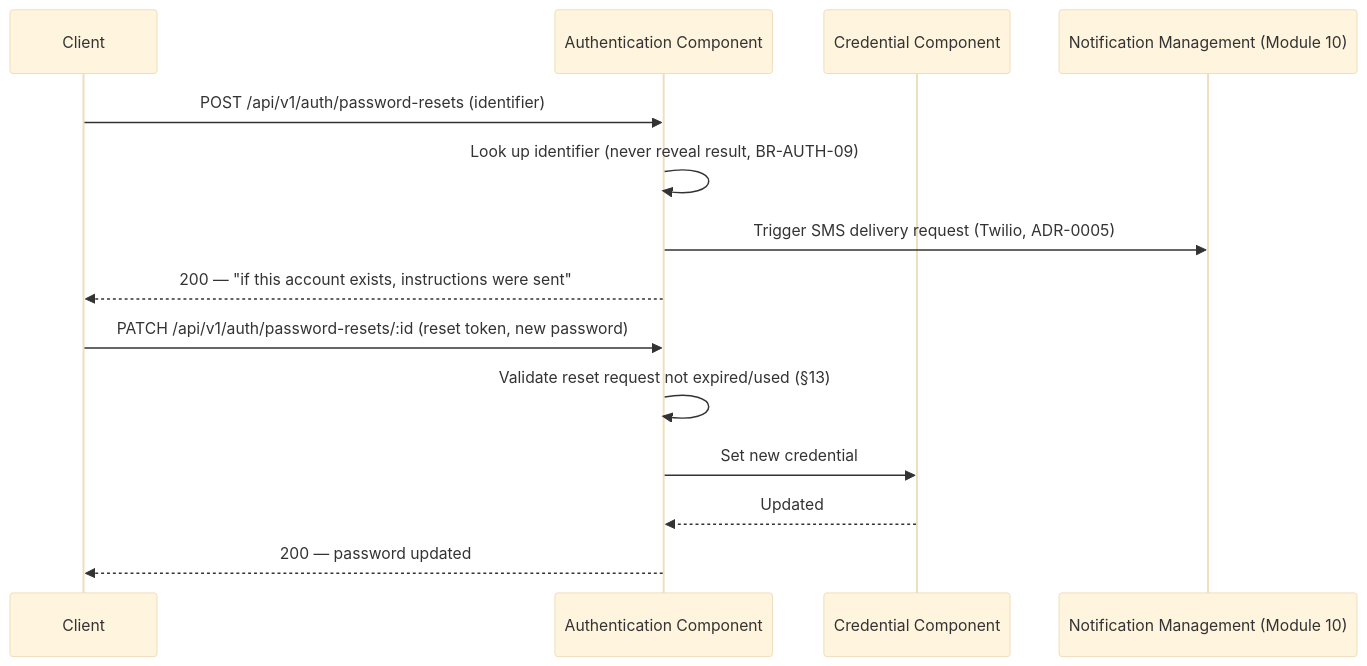
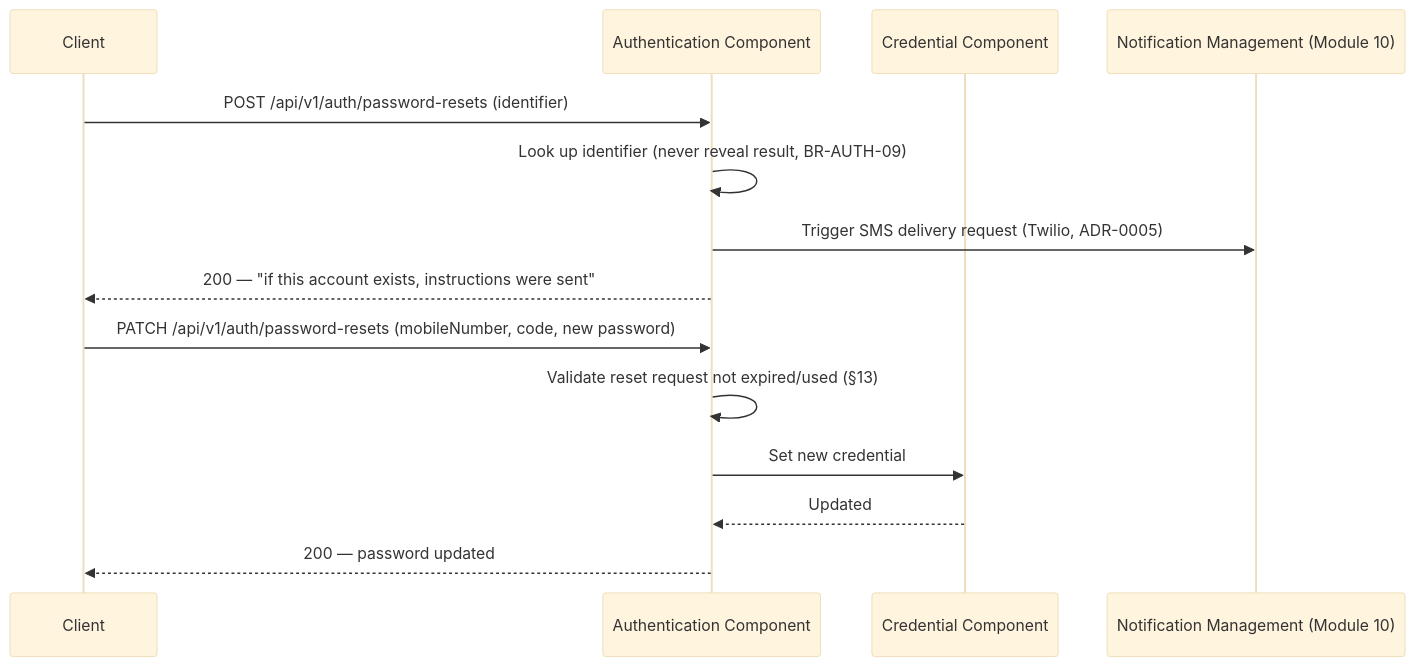
One commit to Ahmed-Naafic/hotel-hall-booking-system changed the seventh of 11 diagrams in docs/05-technical-design/modules/01-authentication-and-account-management/technical-design.md. Above: the diagram before and after it, drawn with Mermaid (base theme). The commit also changed other lines of this file and 27 other files, not shown here.

First line of the commit message:
feat: implement identity verification and password reset (M3)

````diff
--- a/docs/05-technical-design/modules/01-authentication-and-account-management/technical-design.md
+++ b/docs/05-technical-design/modules/01-authentication-and-account-management/technical-design.md
@@ -359,17 +359,17 @@
 ```mermaid
 sequenceDiagram
     participant Client
     participant Auth as Authentication Component
     participant Cred as Credential Component
     participant Notif as Notification Management (Module 10)
 
     Client->>Auth: POST /api/v1/auth/password-resets (identifier)
     Auth->>Auth: Look up identifier (never reveal result, BR-AUTH-09)
     Auth->>Notif: Trigger SMS delivery request (Twilio, ADR-0005)
     Auth-->>Client: 200 — "if this account exists, instructions were sent"
-    Client->>Auth: PATCH /api/v1/auth/password-resets/:id (reset token, new password)
+    Client->>Auth: PATCH /api/v1/auth/password-resets (mobileNumber, code, new password)
     Auth->>Auth: Validate reset request not expired/used (§13)
     Auth->>Cred: Set new credential
     Cred-->>Auth: Updated
     Auth-->>Client: 200 — password updated
 ```
````
